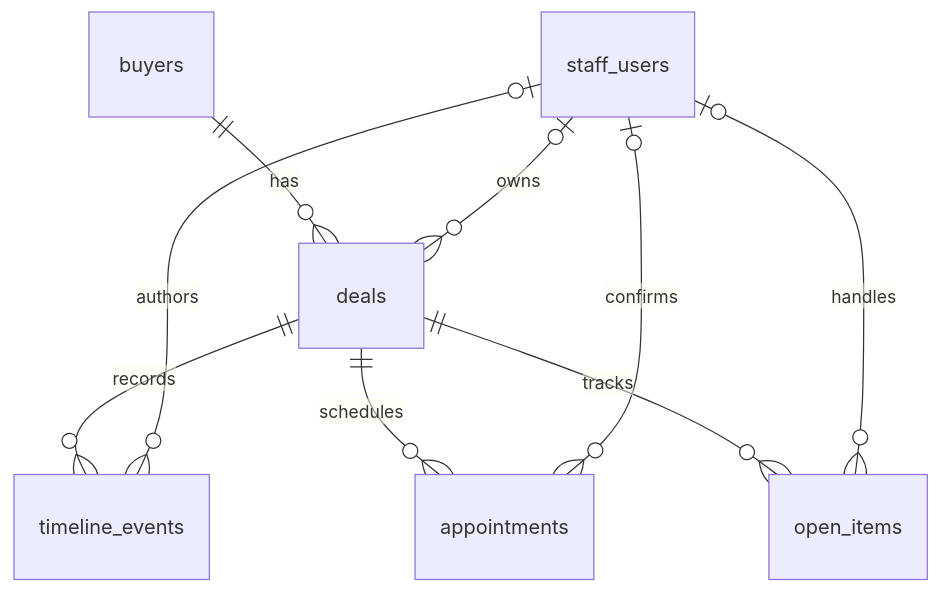
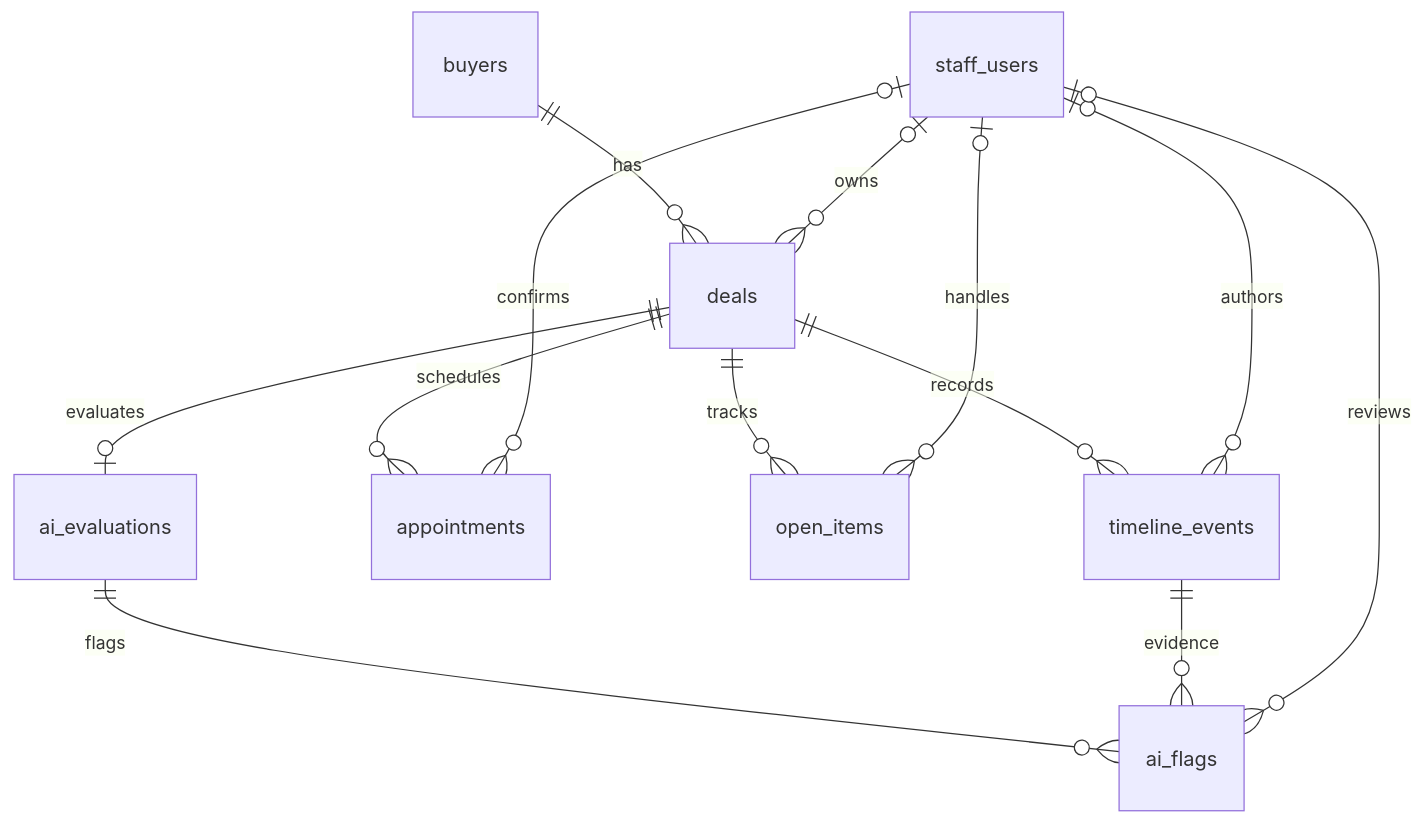
The diagram in supabase/DATA_CONTRACT.md (csc301-2026-f/25-Merto), drawn with Mermaid before and after one commit. The commit also changed other lines of this file and 12 other files, not shown here.

````diff
--- a/supabase/DATA_CONTRACT.md
+++ b/supabase/DATA_CONTRACT.md
@@ -27,11 +27,15 @@
 ```mermaid
 erDiagram
   buyers ||--o{ deals : has
   staff_users o|--o{ deals : owns
   deals ||--o{ timeline_events : records
   staff_users o|--o{ timeline_events : authors
   deals ||--o{ appointments : schedules
   staff_users o|--o{ appointments : confirms
   deals ||--o{ open_items : tracks
   staff_users o|--o{ open_items : handles
+  deals ||--o| ai_evaluations : evaluates
+  ai_evaluations ||--o{ ai_flags : flags
+  timeline_events ||--o{ ai_flags : evidence
+  staff_users o|--o{ ai_flags : reviews
 ```
````
